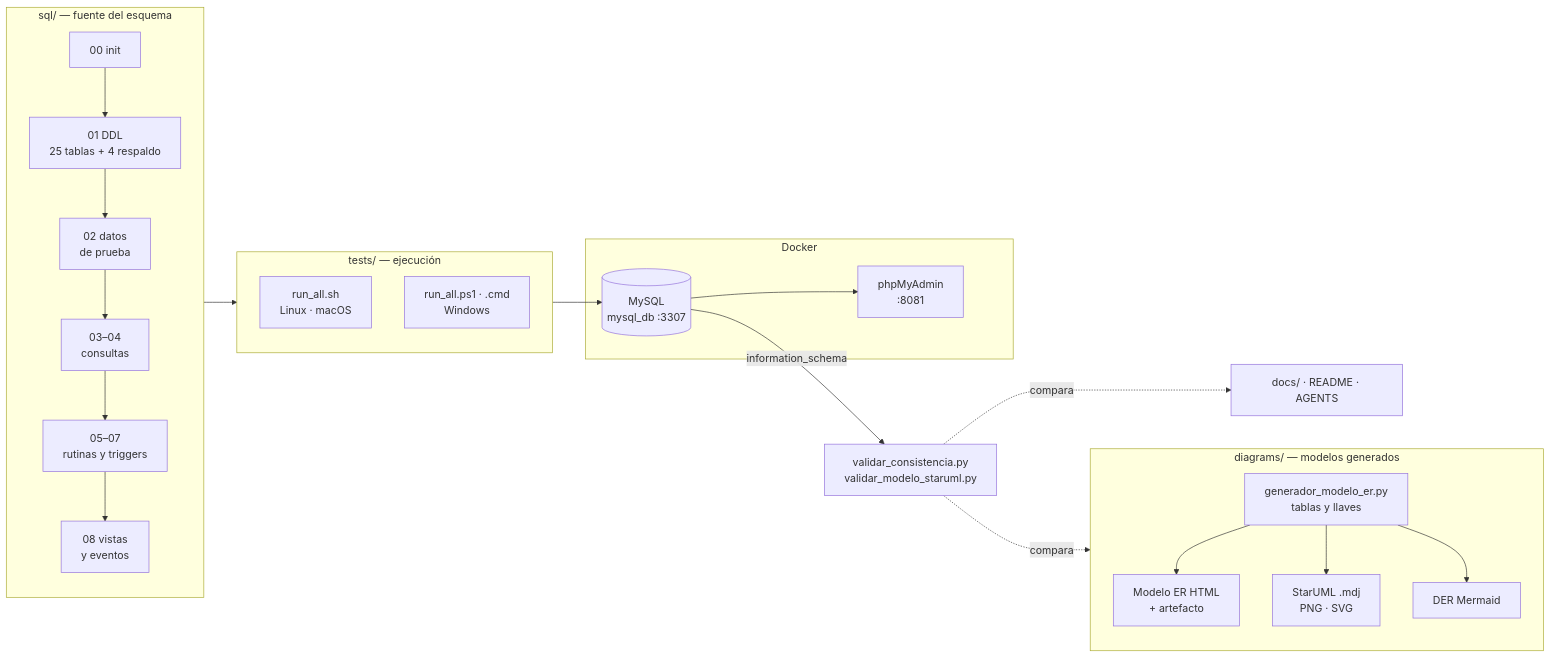
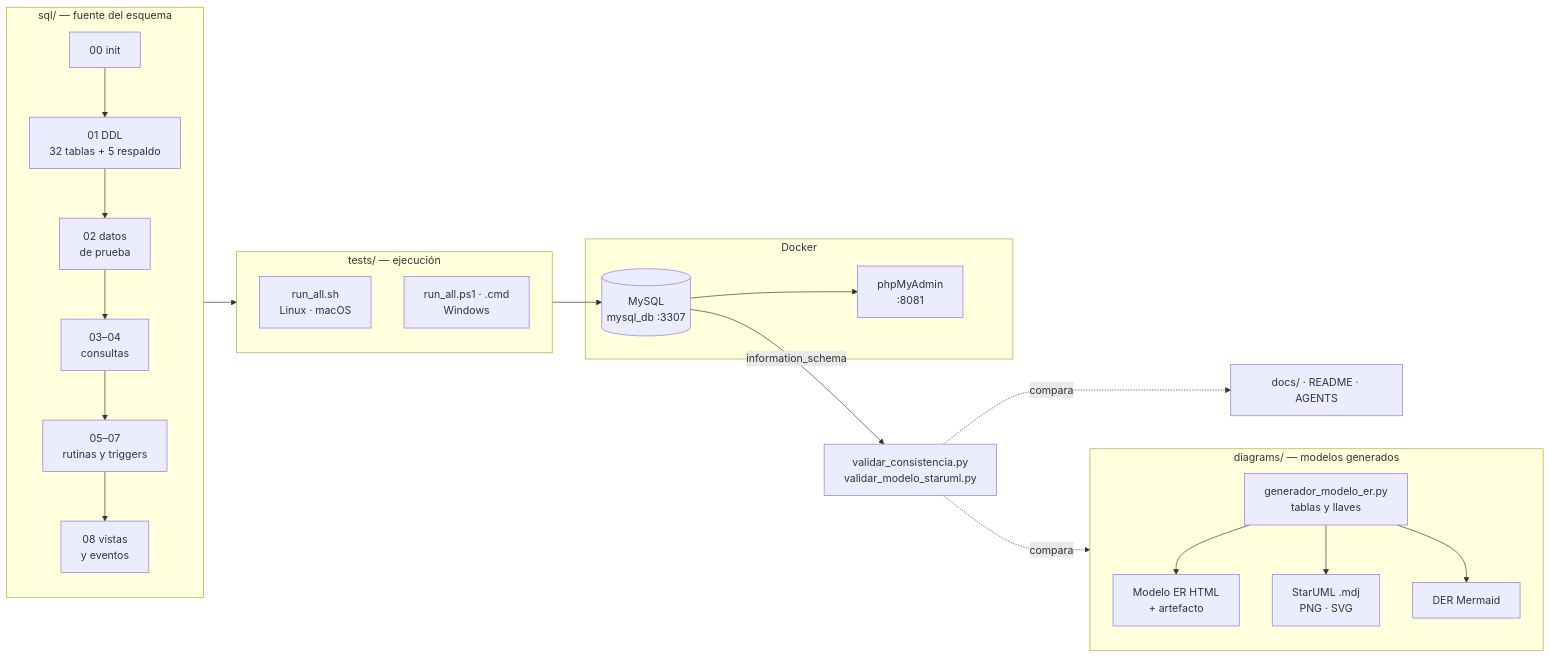
One commit to DEIMER-PY/DB_DEIMER_CARO changed the first of 2 diagrams in README.md. Above: the diagram before and after it, drawn with Mermaid. The commit also changed other lines of this file and 37 other files, not shown here.

````diff
--- a/README.md
+++ b/README.md
@@ -107,25 +107,25 @@
 ```mermaid
 flowchart LR
     subgraph SQL["sql/ — fuente del esquema"]
-        S0["00 init"] --> S1["01 DDL<br/>25 tablas + 4 respaldo"] --> S2["02 datos<br/>de prueba"]
+        S0["00 init"] --> S1["01 DDL<br/>32 tablas + 5 respaldo"] --> S2["02 datos<br/>de prueba"]
         S2 --> S3["03–04<br/>consultas"] --> S5["05–07<br/>rutinas y triggers"] --> S8["08 vistas<br/>y eventos"]
     end
     subgraph RUN["tests/ — ejecución"]
         R1["run_all.sh<br/>Linux · macOS"]
         R2["run_all.ps1 · .cmd<br/>Windows"]
     end
     subgraph DB["Docker"]
         M[("MySQL<br/>mysql_db :3307")]
         P["phpMyAdmin<br/>:8081"]
     end
     subgraph GEN["diagrams/ — modelos generados"]
         G["generador_modelo_er.py<br/>tablas y llaves"] --> H["Modelo ER HTML<br/>+ artefacto"]
         G --> U["StarUML .mdj<br/>PNG · SVG"]
         G --> D["DER Mermaid"]
     end
     SQL --> RUN --> M
     M --> P
     M -- information_schema --> V["validar_consistencia.py<br/>validar_modelo_staruml.py"]
     V -. compara .-> GEN
     V -. compara .-> DOCS["docs/ · README · AGENTS"]
 ```
````
